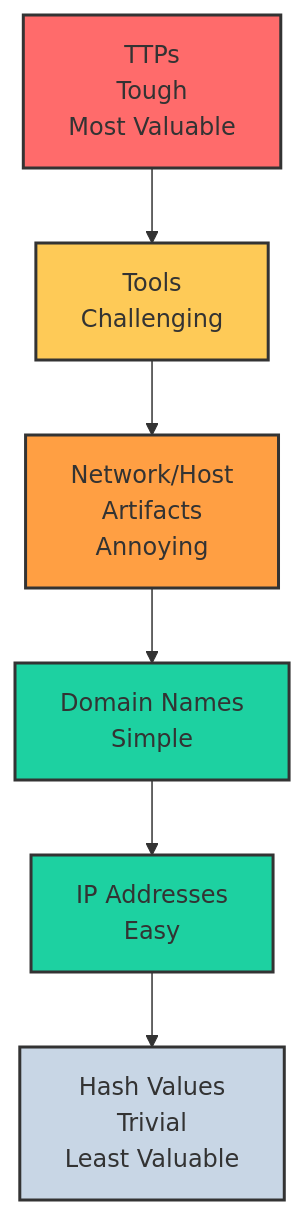
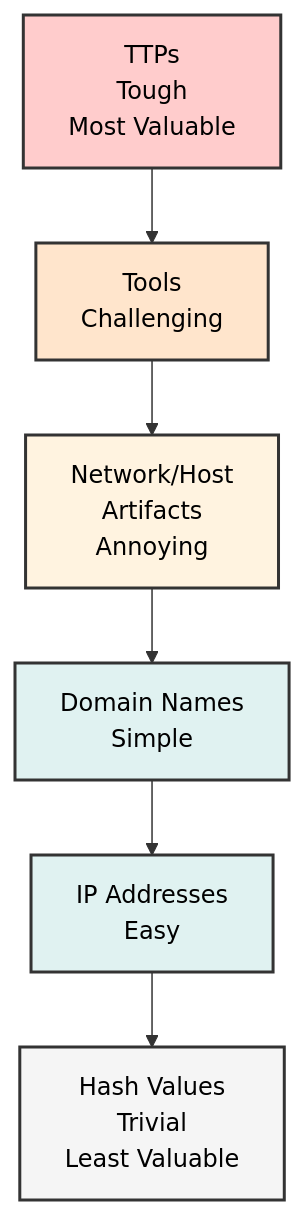
One commit to manojxshrestha/SOC-Analyst-Cheatsheet changed the first of 5 diagrams in 4-Introduction-to-Threat-Hunting-Hunting-With-Elastic/README.md. Above: the diagram before and after it, drawn with Mermaid. The commit also changed other lines of this file, not shown here.

Commit message:
feat: Improve mermaid diagram visibility

````diff
--- a/4-Introduction-to-Threat-Hunting-Hunting-With-Elastic/README.md
+++ b/4-Introduction-to-Threat-Hunting-Hunting-With-Elastic/README.md
@@ -219,15 +219,15 @@
 ```mermaid
 graph TD
-    A[TTPs<br/>Tough<br/>Most Valuable] --> B[Tools<br/>Challenging]
-    B --> C[Network/Host<br/>Artifacts<br/>Annoying]
-    C --> D[Domain Names<br/>Simple]
-    D --> E[IP Addresses<br/>Easy]
-    E --> F[Hash Values<br/>Trivial<br/>Least Valuable]
+    A["TTPs<br/>Tough<br/>Most Valuable"] --> B["Tools<br/>Challenging"]
+    B --> C["Network/Host<br/>Artifacts<br/>Annoying"]
+    C --> D["Domain Names<br/>Simple"]
+    D --> E["IP Addresses<br/>Easy"]
+    E --> F["Hash Values<br/>Trivial<br/>Least Valuable"]
     
-    style A fill:#ff6b6b,stroke:#333,stroke-width:2px
-    style B fill:#feca57,stroke:#333,stroke-width:2px
-    style C fill:#ff9f43,stroke:#333,stroke-width:2px
-    style D fill:#1dd1a1,stroke:#333,stroke-width:2px
-    style E fill:#1dd1a1,stroke:#333,stroke-width:2px
-    style F fill:#c8d6e5,stroke:#333,stroke-width:2px
+    style A fill:#ffcccc,stroke:#333,stroke-width:2px,color:#000
+    style B fill:#ffe5cc,stroke:#333,stroke-width:2px,color:#000
+    style C fill:#fff3e0,stroke:#333,stroke-width:2px,color:#000
+    style D fill:#e0f2f1,stroke:#333,stroke-width:2px,color:#000
+    style E fill:#e0f2f1,stroke:#333,stroke-width:2px,color:#000
+    style F fill:#f5f5f5,stroke:#333,stroke-width:2px,color:#000
 ```
````
